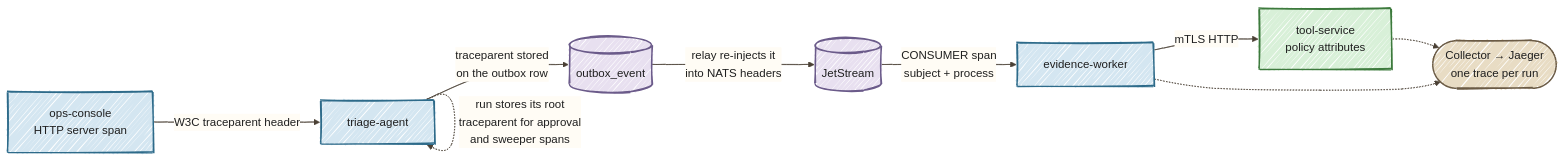
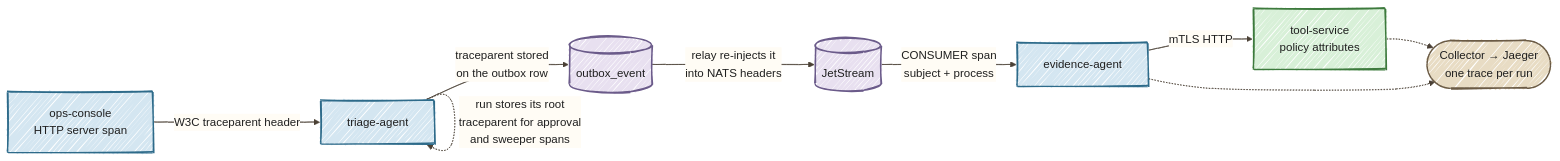
Before and after one commit to danieloh30/many-agents-one-platform: the diagram in docs/tutorials/05-observability.md, drawn with Mermaid. The commit also changed other lines of this file and 81 other files, not shown here.

First line of the commit message:
Rename evidence-worker to evidence-agent

````diff
--- a/docs/tutorials/05-observability.md
+++ b/docs/tutorials/05-observability.md
@@ -11,21 +11,21 @@
 ```mermaid
 %%{init: {"look":"handDrawn","theme":"base","themeVariables":{"darkMode":false,"background":"#FFFCF5","primaryColor":"#D4E6F1","primaryBorderColor":"#2E6B8A","primaryTextColor":"#1F1F1F","secondaryColor":"#D8F0D8","secondaryTextColor":"#1F1F1F","tertiaryColor":"#E8DCC4","tertiaryTextColor":"#1F1F1F","textColor":"#1F1F1F","lineColor":"#4A4035","edgeLabelBackground":"#FFFCF5","clusterBkg":"#F5F5F0","clusterBorder":"#6B5B45","fontSize":"16px"},"flowchart":{"nodeSpacing":35,"rankSpacing":55,"padding":18,"curve":"basis"}}}%%
 flowchart LR
     CONSOLE[ops-console<br/>HTTP server span] -->|W3C traceparent header| TRIAGE[triage-agent]
     TRIAGE -->|traceparent stored<br/>on the outbox row| OUTBOX[(outbox_event)]
     OUTBOX -->|relay re-injects it<br/>into NATS headers| NATS[(JetStream)]
-    NATS -->|CONSUMER span<br/>subject + process| EVIDENCE[evidence-worker]
+    NATS -->|CONSUMER span<br/>subject + process| EVIDENCE[evidence-agent]
     EVIDENCE -->|mTLS HTTP| TOOLS[tool-service<br/>policy attributes]
     TRIAGE -.->|run stores its root<br/>traceparent for approval<br/>and sweeper spans| TRIAGE
     TRACE([Collector → Jaeger<br/>one trace per run])
     TOOLS -.-> TRACE
     EVIDENCE -.-> TRACE
 
     style CONSOLE fill:#D4E6F1,stroke:#2E6B8A,color:#1F1F1F,stroke-width:2px
     style TRIAGE fill:#D4E6F1,stroke:#2E6B8A,color:#1F1F1F,stroke-width:2px
     style EVIDENCE fill:#D4E6F1,stroke:#2E6B8A,color:#1F1F1F,stroke-width:2px
     style TOOLS fill:#D8F0D8,stroke:#3D7A3D,color:#1F1F1F,stroke-width:2px
     style OUTBOX fill:#E8E0F0,stroke:#6B5B8A,color:#1F1F1F,stroke-width:2px
     style NATS fill:#E8E0F0,stroke:#6B5B8A,color:#1F1F1F,stroke-width:2px
     style TRACE fill:#E8DCC4,stroke:#6B5B45,color:#1F1F1F,stroke-width:2px
 ```
````
